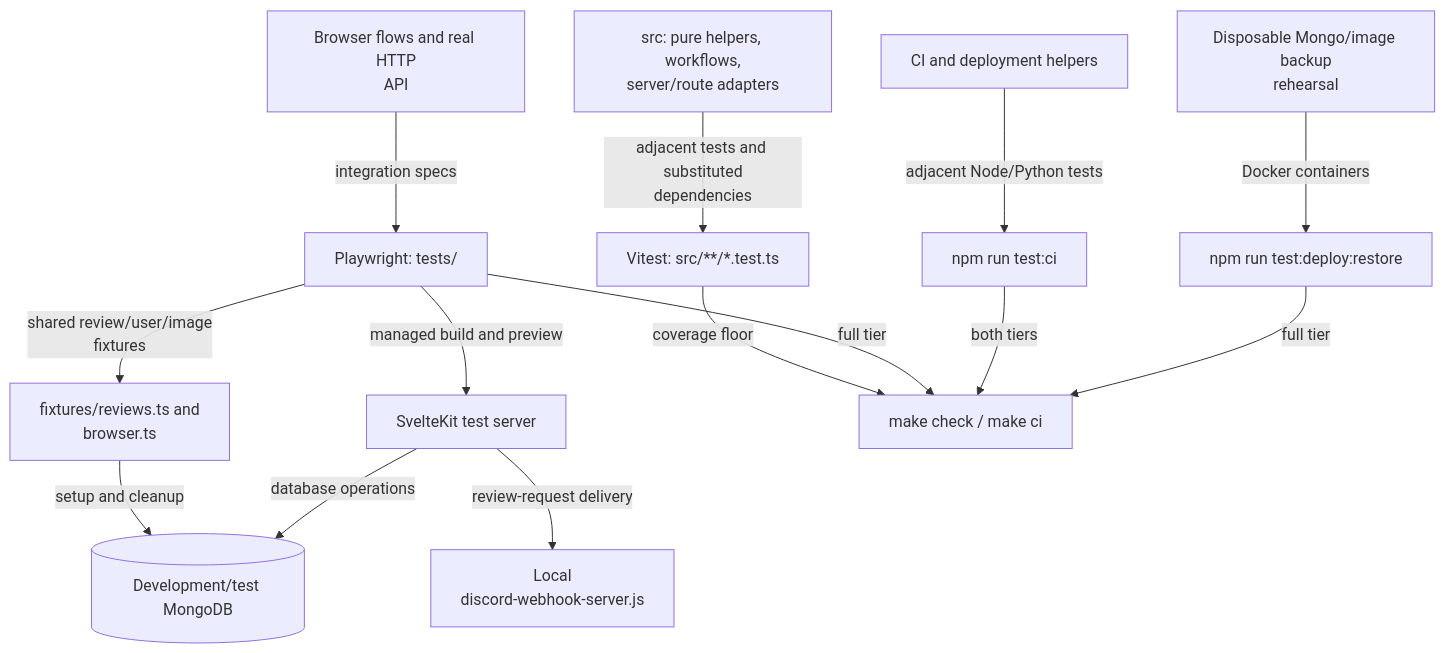
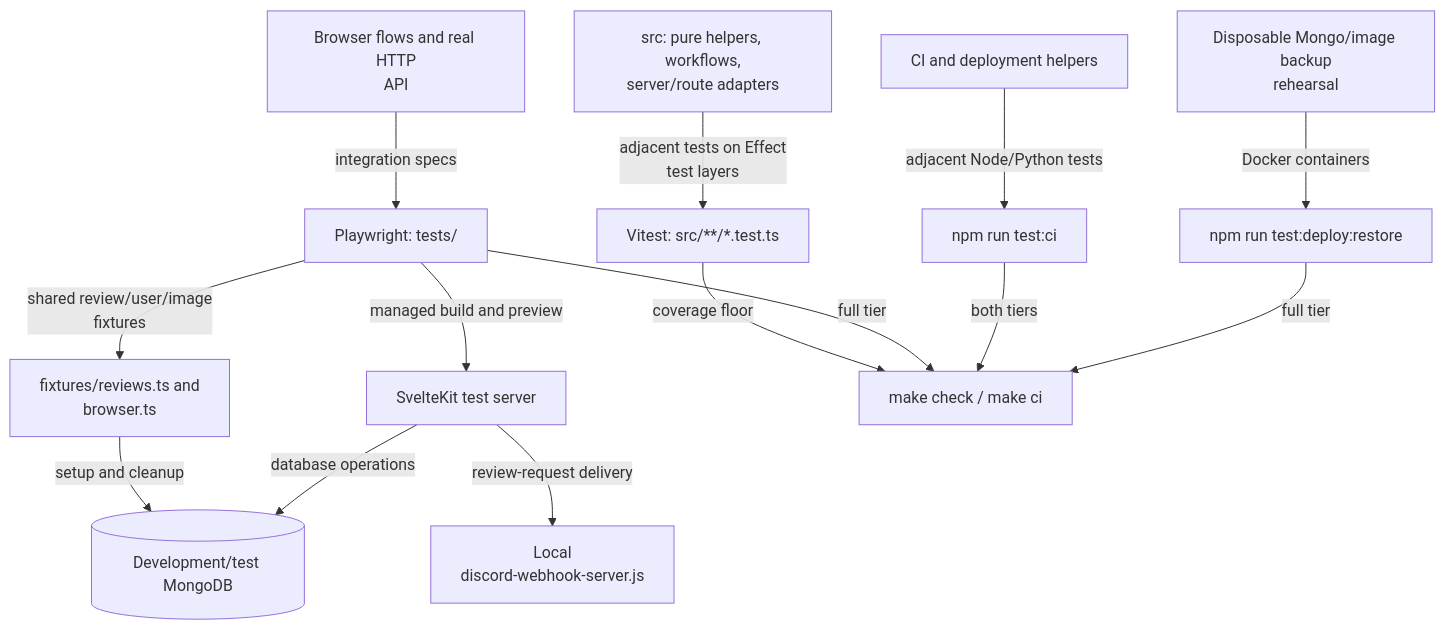
The diagram in tests/README.md (jonathan-lindqvist/enstorstarkreview), drawn with Mermaid before and after one commit. The commit also changed 21 other files, not shown here.

Commit message:
docs: describe the Effect runtime, HttpApi and test layers

````diff
--- a/tests/README.md
+++ b/tests/README.md
@@ -11,16 +11,16 @@
 ```mermaid
 flowchart TD
-    Rules["src: pure helpers, workflows,<br/>server/route adapters"] -->|"adjacent tests and substituted<br/>dependencies"| Unit["Vitest: src/**/*.test.ts"]
+    Rules["src: pure helpers, workflows,<br/>server/route adapters"] -->|"adjacent tests on Effect<br/>test layers"| Unit["Vitest: src/**/*.test.ts"]
     Product["Browser flows and real HTTP<br/>API"] -->|"integration specs"| PW["Playwright: tests/"]
     PW -->|"managed build and preview"| App["SvelteKit test server"]
     PW -->|"shared review/user/image<br/>fixtures"| Fixture["fixtures/reviews.ts and<br/>browser.ts"]
     Fixture -->|"setup and cleanup"| DB[("Development/test MongoDB")]
     App -->|"database operations"| DB
     App -->|"review-request delivery"| Mock["Local<br/>discord-webhook-server.js"]
     Scripts["CI and deployment helpers"] -->|"adjacent Node/Python tests"| Automation["npm run test:ci"]
     Restore["Disposable Mongo/image backup<br/>rehearsal"] -->|"Docker containers"| Docker["npm run test:deploy:restore"]
     Unit -->|"coverage floor"| CI["make check / make ci"]
     PW -->|"full tier"| CI
     Automation -->|"both tiers"| CI
     Docker -->|"full tier"| CI
 ```
````
